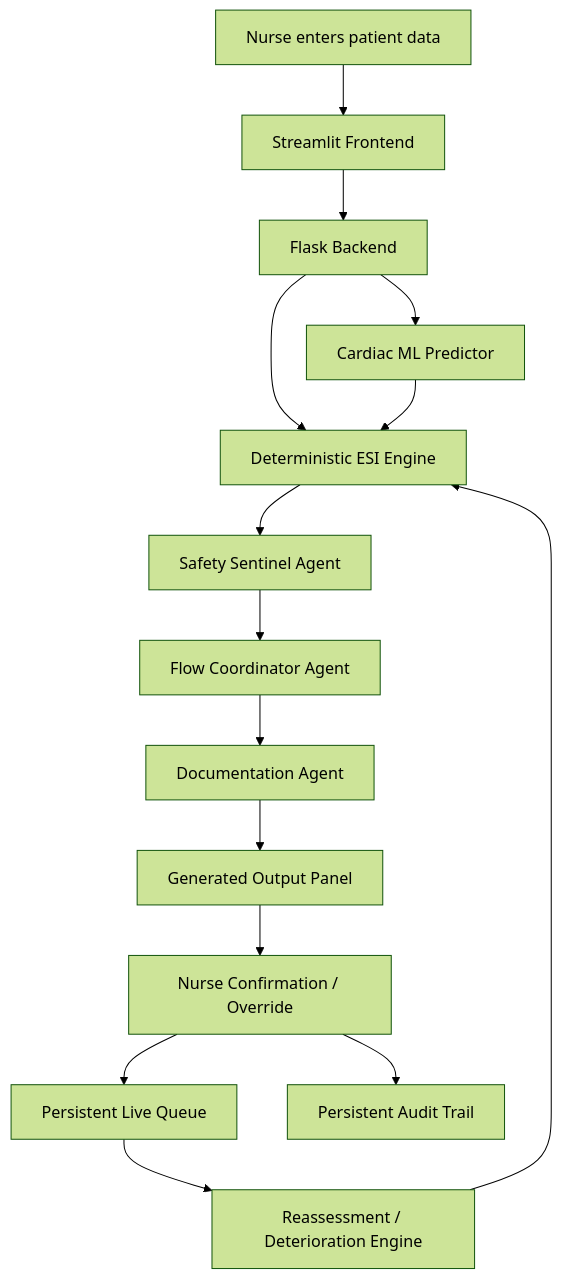
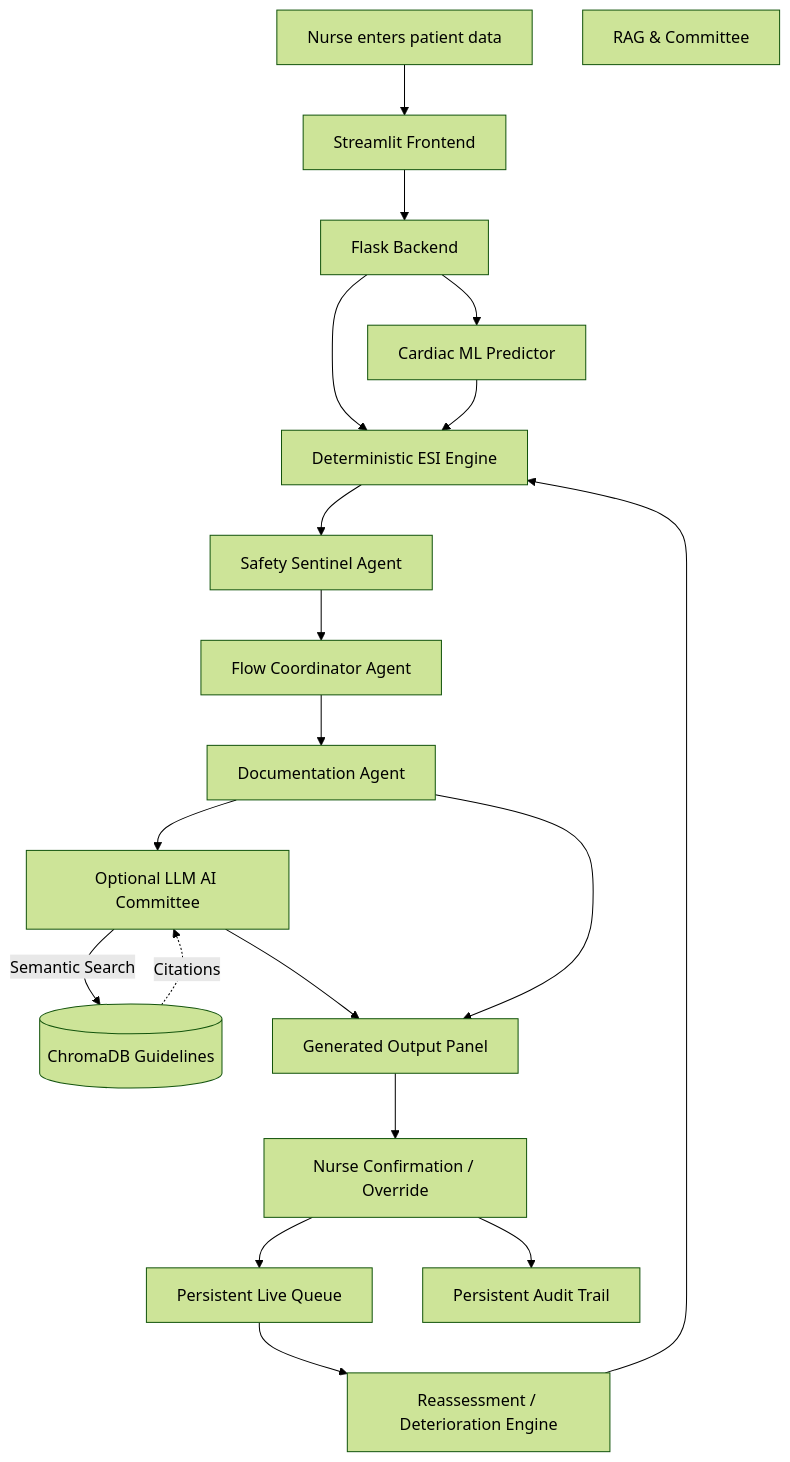
The first of 2 diagrams in README.md (draculess99/Triage-Assist-AI), drawn with Mermaid (forest theme) before and after one commit. The commit also changed other lines of this file, not shown here.

````diff
--- a/README.md
+++ b/README.md
@@ -197,17 +214,24 @@
 ```mermaid
 flowchart TD
     A[Nurse enters patient data] --> B[Streamlit Frontend]
     B --> C[Flask Backend]
     C --> D[Cardiac ML Predictor]
     C --> E[Deterministic ESI Engine]
     D --> E
     E --> F[Safety Sentinel Agent]
     F --> G[Flow Coordinator Agent]
     G --> H[Documentation Agent]
-    H --> I[Generated Output Panel]
+    
+    subscript_rag[RAG & Committee]
+    H --> AI[Optional LLM AI Committee]
+    AI -->|Semantic Search| RAG[(ChromaDB Guidelines)]
+    RAG -.->|Citations| AI
+    
+    AI --> I[Generated Output Panel]
+    H --> I
     I --> J[Nurse Confirmation / Override]
     J --> K[Persistent Live Queue]
     J --> L[Persistent Audit Trail]
     K --> M[Reassessment / Deterioration Engine]
     M --> E
 ```
````
